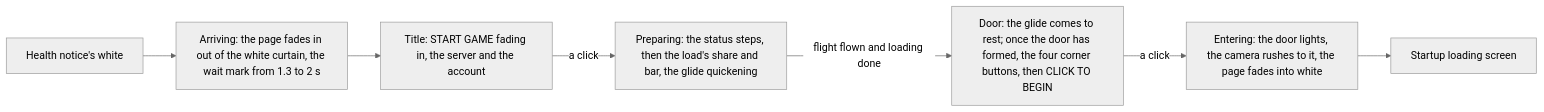
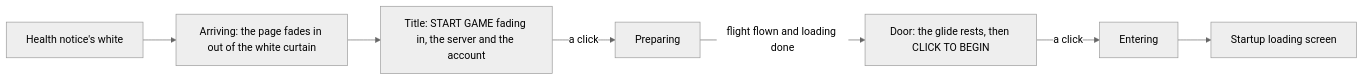
The first of 2 diagrams in openspec/specs/genshin/login-screen/README.md (Esposter/Esposter), drawn with Mermaid (neutral theme) before and after one commit. The commit also changed other lines of this file and 17 other files, not shown here.

````diff
--- a/openspec/specs/genshin/login-screen/README.md
+++ b/openspec/specs/genshin/login-screen/README.md
@@ -20,9 +20,9 @@
 ```mermaid
 flowchart LR
-  N[Health notice's white] --> A[Arriving: the page fades in out of the white curtain, the wait mark from 1.3 to 2 s]
+  N[Health notice's white] --> A[Arriving: the page fades in out of the white curtain]
   A --> T[Title: START GAME fading in, the server and the account]
-  T -->|a click| P[Preparing: the status steps, then the load's share and bar, the glide quickening]
-  P -->|"flight flown and loading done"| D[Door: the glide comes to rest; once the door has formed, the four corner buttons, then CLICK TO BEGIN]
-  D -->|a click| E[Entering: the door lights, the camera rushes to it, the page fades into white]
+  T -->|a click| P[Preparing]
+  P -->|"flight flown and loading done"| D[Door: the glide rests, then CLICK TO BEGIN]
+  D -->|a click| E[Entering]
   E --> S[Startup loading screen]
 ```
````
